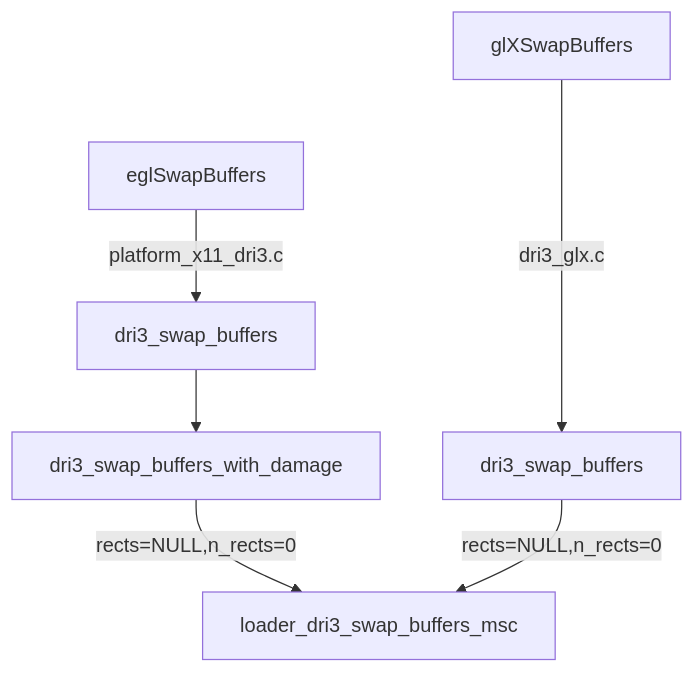
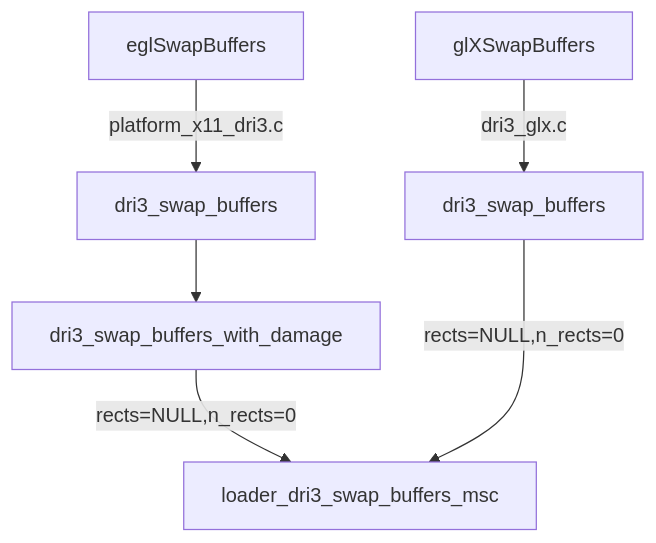
Before and after one commit to lucmann/lucmann.github.io: the fourth of 4 diagrams in source/_posts/gfx/dri3.md, drawn with Mermaid.

Commit message:
gfx: dri3

````diff
--- a/source/_posts/gfx/dri3.md
+++ b/source/_posts/gfx/dri3.md
@@ -250,14 +250,14 @@
 ```mermaid
 flowchart TD
     A[eglSwapBuffers]
     B[dri3_swap_buffers]
     C[dri3_swap_buffers_with_damage]
     D[glXSwapBuffers]
     E[dri3_swap_buffers]
     F[loader_dri3_swap_buffers_msc]
     A -->|platform_x11_dri3.c| B
     B --> C
     C -->|rects=NULL,n_rects=0| F
-    D ---->|dri3_glx.c| E
-    E -->|rects=NULL,n_rects=0| F
+    D -->|dri3_glx.c| E
+    E --->|rects=NULL,n_rects=0| F
 ```
````
